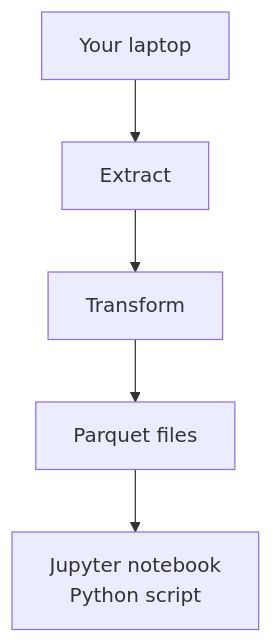
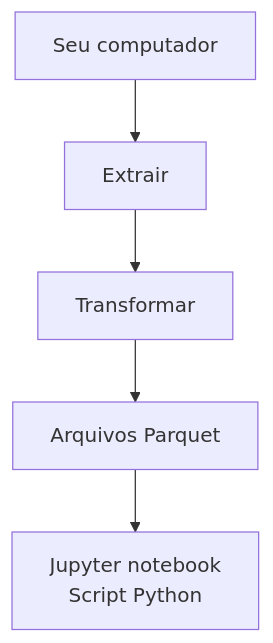
The second of 9 diagrams in docs/architecture/overview.md (Quantilica/docs), drawn with Mermaid before and after one commit. The commit also changed other lines of this file and 31 other files, not shown here.

````diff
--- a/docs/architecture/overview.md
+++ b/docs/architecture/overview.md
@@ -208,7 +208,7 @@
 ```mermaid
 graph TD
-    A["Your laptop"] --> B["Extract"]
-    B --> C["Transform"]
-    C --> D["Parquet files"]
-    D --> E["Jupyter notebook<br/>Python script"]
+    A["Seu computador"] --> B["Extrair"]
+    B --> C["Transformar"]
+    C --> D["Arquivos Parquet"]
+    D --> E["Jupyter notebook<br/>Script Python"]
 ```
````
